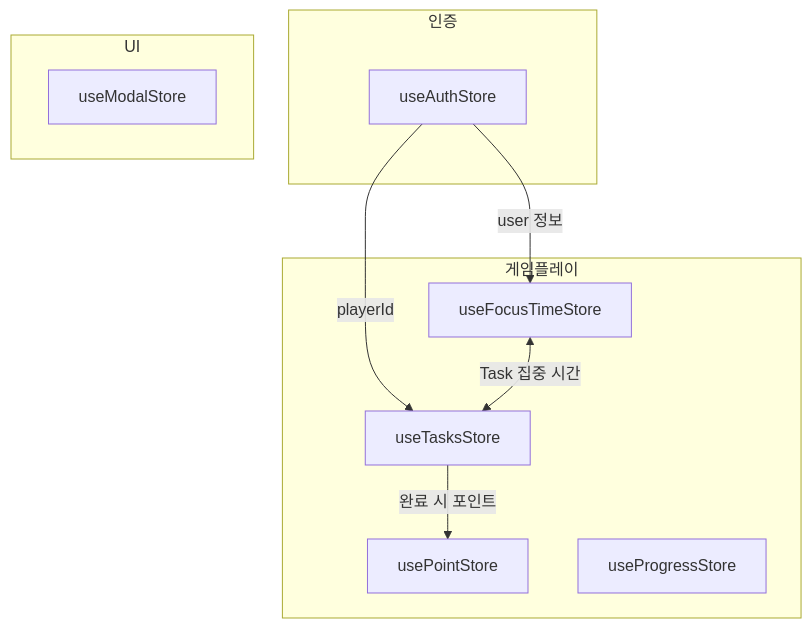
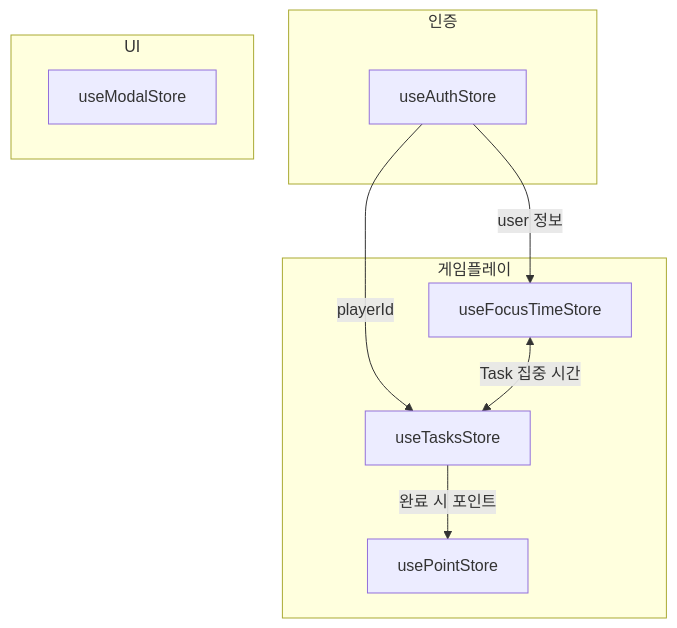
The second of 2 diagrams in docs/architecture/STATE_MANAGEMENT.md (boostcampwm2025/web19-estrogenquattro), drawn with Mermaid before and after one commit. The commit also changed other lines of this file and 4 other files, not shown here.

````diff
--- a/docs/architecture/STATE_MANAGEMENT.md
+++ b/docs/architecture/STATE_MANAGEMENT.md
@@ -243,22 +258,21 @@
 ```mermaid
 flowchart TB
     subgraph 인증
         Auth[useAuthStore]
     end
 
     subgraph 게임플레이
         Focus[useFocusTimeStore]
         Tasks[useTasksStore]
         Point[usePointStore]
-        Progress[useProgressStore]
     end
 
     subgraph UI
         Modal[useModalStore]
     end
 
     Auth -->|user 정보| Focus
     Auth -->|playerId| Tasks
     Focus <-->|Task 집중 시간| Tasks
     Tasks -->|완료 시 포인트| Point
 ```
````
